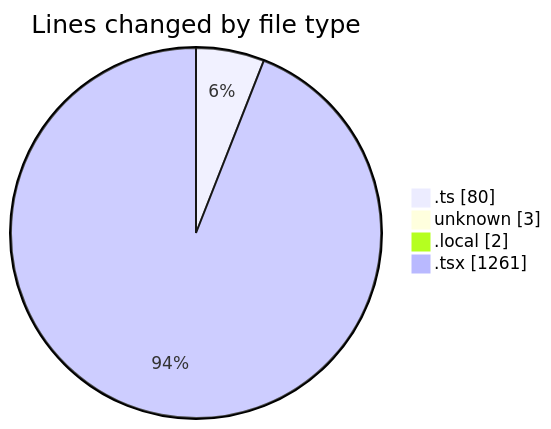
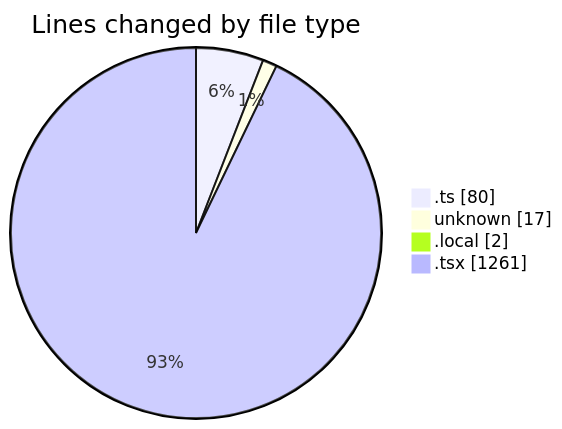
Before and after one commit to JenPaints/code-tracking: the first of 2 diagrams in 2025-06-21/archive/README.md, drawn with Mermaid. The commit also changed other lines of this file and 1 other file, not shown here.

````diff
--- a/2025-06-21/archive/README.md
+++ b/2025-06-21/archive/README.md
@@ -26,8 +26,8 @@
 ```mermaid
 pie showData
 title Lines changed by file type
 ".ts" : 80
-"unknown" : 3
+"unknown" : 17
 ".local" : 2
 ".tsx" : 1261
 ```
````
